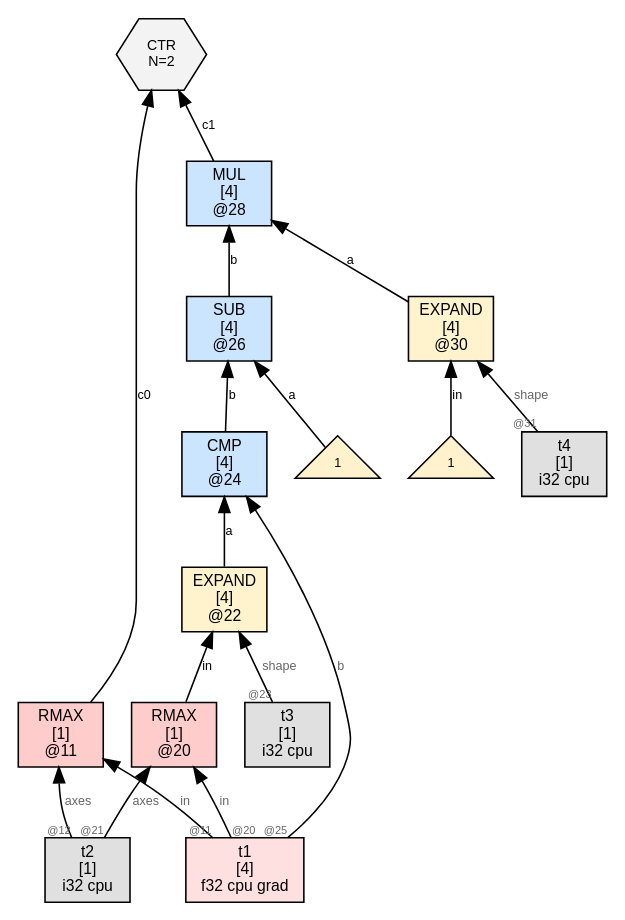
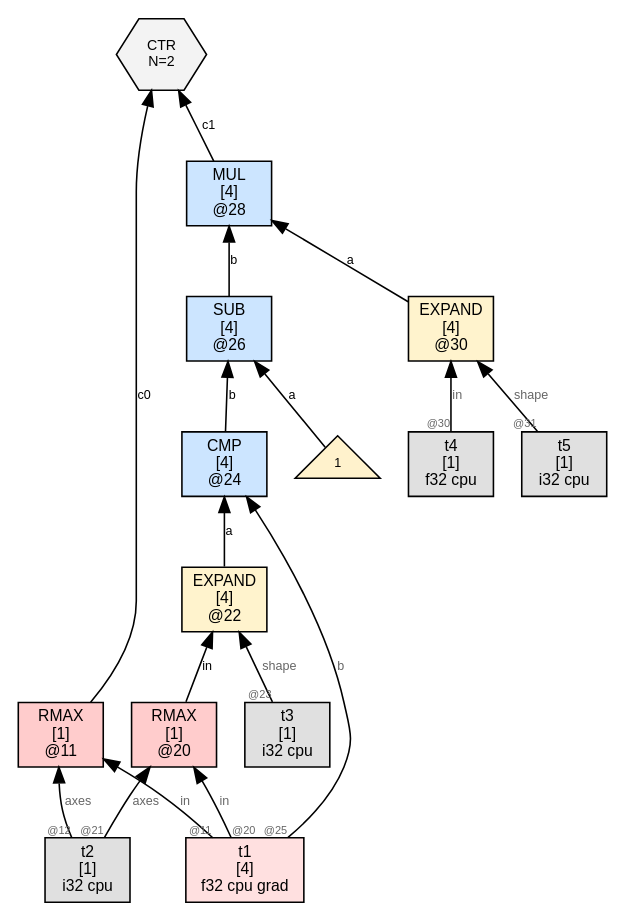
Before and after one commit to sw1sh/TinyHVM: the diagram in wl/examples/thvm_graphs/grad_rules/gradu_rmax/thvm_2_post_sweep.dot, drawn with Graphviz. The commit also changed 163 other files, not shown here.

First line of the commit message:
grad: GRAD2 leaf emits shape-[1] TEN instead of raw NUM

```diff
--- a/wl/examples/thvm_graphs/grad_rules/gradu_rmax/thvm_2_post_sweep.dot
+++ b/wl/examples/thvm_graphs/grad_rules/gradu_rmax/thvm_2_post_sweep.dot
@@ -1,36 +1,36 @@
 digraph G {
   rankdir=BT;
   node [fontname="Helvetica", fontsize=10, style=filled, shape=box, margin="0.1,0.05"];
   edge [fontsize=8, fontname="Helvetica"];
 
   n11 [label="RMAX\n[1]\n@11", shape=box, fillcolor="#ffcccc"];
   t1 [label="t1\n[4]\nf32 cpu grad",shape=box,fillcolor="#ffe0e0"];
   t1 -> n11 [label="in",taillabel="@11",labelfontsize=7,fontcolor="#666666"];
   t2 [label="t2\n[1]\ni32 cpu",shape=box,fillcolor="#e0e0e0"];
   t2 -> n11 [label="axes",taillabel="@12",labelfontsize=7,fontcolor="#666666"];
   n28 [label="MUL\n[4]\n@28", shape=box, fillcolor="#cce5ff"];
   n30 -> n28 [label="a"];
   n26 -> n28 [label="b"];
   ctr8 [label="CTR\nN=2", shape=hexagon, fillcolor="#f3f3f3", fontsize=9];
   n11 -> ctr8 [label="c0"];
   n28 -> ctr8 [label="c1"];
   n20 [label="RMAX\n[1]\n@20", shape=box, fillcolor="#ffcccc"];
   t1 -> n20 [label="in",taillabel="@20",labelfontsize=7,fontcolor="#666666"];
   t2 -> n20 [label="axes",taillabel="@21",labelfontsize=7,fontcolor="#666666"];
   n22 [label="EXPAND\n[4]\n@22", shape=box, fillcolor="#fff3cd"];
   n20 -> n22 [label="in"];
   t3 [label="t3\n[1]\ni32 cpu",shape=box,fillcolor="#e0e0e0"];
   t3 -> n22 [label="shape",taillabel="@23",labelfontsize=7,fontcolor="#666666"];
   n24 [label="CMP\n[4]\n@24", shape=box, fillcolor="#cce5ff"];
   n22 -> n24 [label="a"];
   t1 -> n24 [label="b",taillabel="@25",labelfontsize=7,fontcolor="#666666"];
   n30 [label="EXPAND\n[4]\n@30", shape=box, fillcolor="#fff3cd"];
-  num30_0 [label="1",shape=triangle,fillcolor="#fff2cc",fontsize=8];
-  num30_0 -> n30 [label="in"];
-  t4 [label="t4\n[1]\ni32 cpu",shape=box,fillcolor="#e0e0e0"];
-  t4 -> n30 [label="shape",taillabel="@31",labelfontsize=7,fontcolor="#666666"];
+  t4 [label="t4\n[1]\nf32 cpu",shape=box,fillcolor="#e0e0e0"];
+  t4 -> n30 [label="in",taillabel="@30",labelfontsize=7,fontcolor="#666666"];
+  t5 [label="t5\n[1]\ni32 cpu",shape=box,fillcolor="#e0e0e0"];
+  t5 -> n30 [label="shape",taillabel="@31",labelfontsize=7,fontcolor="#666666"];
   n26 [label="SUB\n[4]\n@26", shape=box, fillcolor="#cce5ff"];
   num26_0 [label="1",shape=triangle,fillcolor="#fff2cc",fontsize=8];
   num26_0 -> n26 [label="a"];
   n24 -> n26 [label="b"];
 }
```
